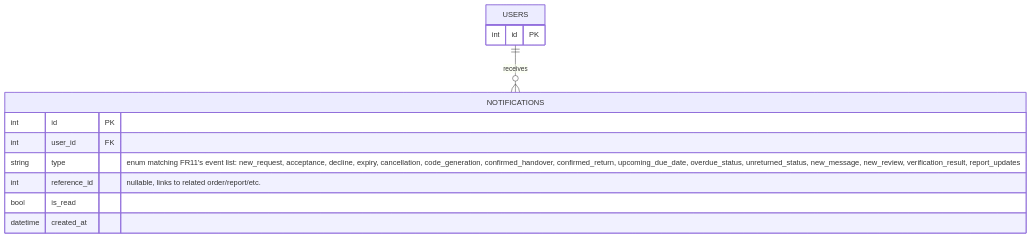
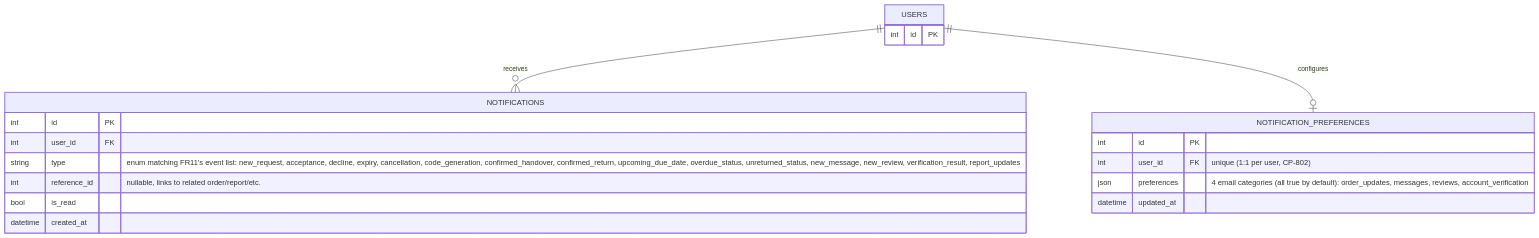
One commit to pup-swe-team/brb-server changed the seventh of 7 diagrams in docs/COPUP_ERD.md. Above: the diagram before and after it, drawn with Mermaid. The commit also changed 9 other files, not shown here.

Commit message:
feat: add messages (701-703) and notification preferences (802)

````diff
--- a/docs/COPUP_ERD.md
+++ b/docs/COPUP_ERD.md
@@ -516,17 +516,25 @@
 ```mermaid
 erDiagram
     USERS {
         int id PK
     }
 
     NOTIFICATIONS {
         int id PK
         int user_id FK
         string type "enum matching FR11's event list: new_request, acceptance, decline, expiry, cancellation, code_generation, confirmed_handover, confirmed_return, upcoming_due_date, overdue_status, unreturned_status, new_message, new_review, verification_result, report_updates"
         int reference_id "nullable, links to related order/report/etc."
         bool is_read
         datetime created_at
     }
 
+    NOTIFICATION_PREFERENCES {
+        int id PK
+        int user_id FK "unique (1:1 per user, CP-802)"
+        json preferences "4 email categories (all true by default): order_updates, messages, reviews, account_verification"
+        datetime updated_at
+    }
+
     USERS ||--o{ NOTIFICATIONS : receives
+    USERS ||--o| NOTIFICATION_PREFERENCES : configures
 ```
````
